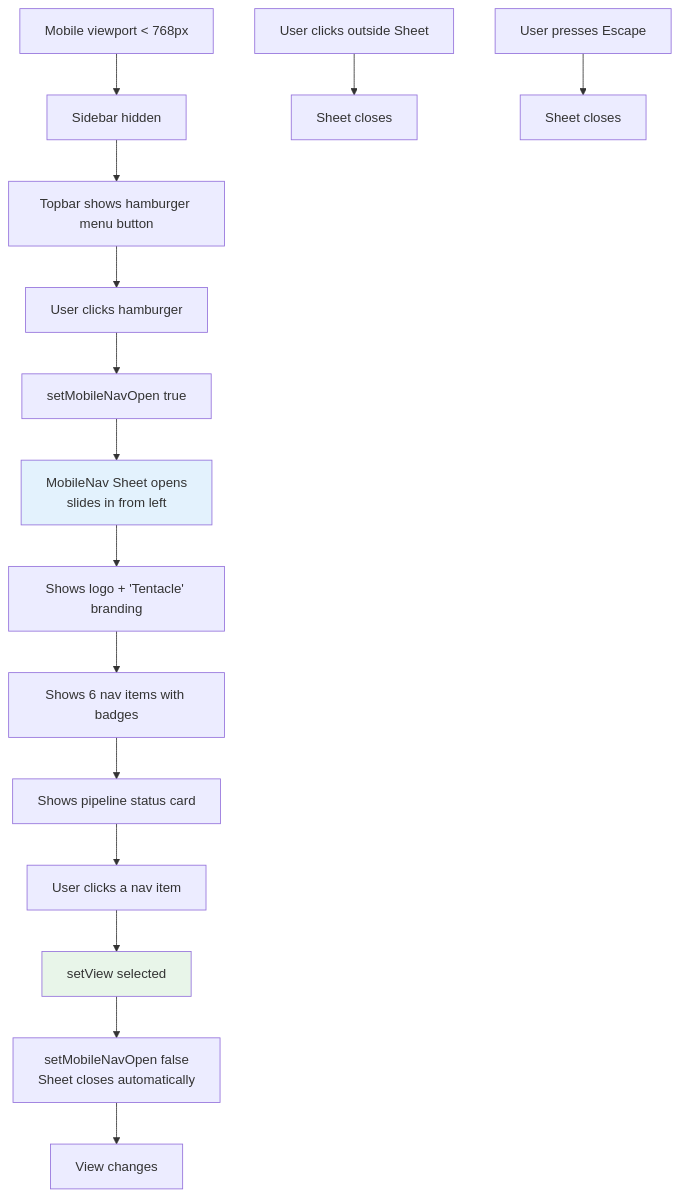
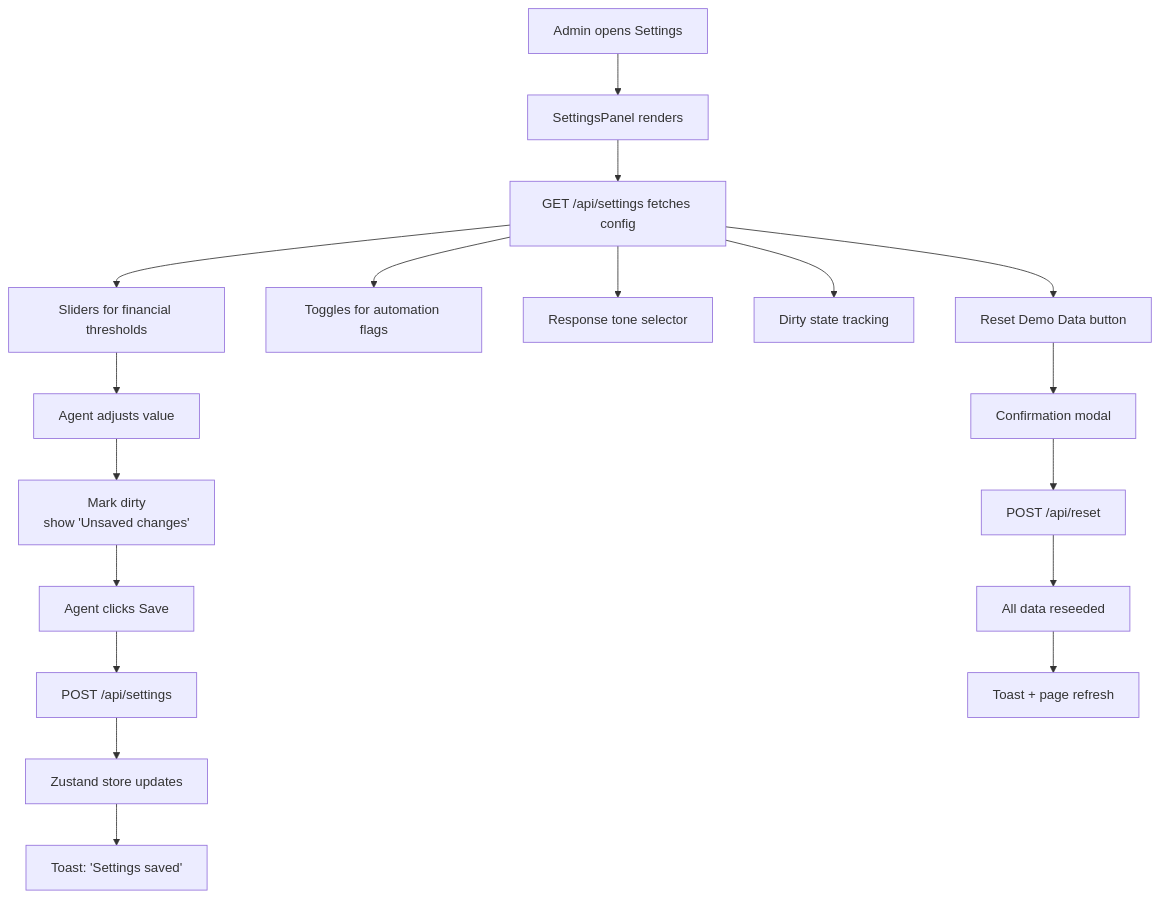
One commit to rmn2178/TENTACLE changed diagram 24 of 26 in README.md. Above: the diagram before and after it, drawn with Mermaid. The commit also changed other lines of this file and 14 other files, not shown here.

````diff
--- a/README.md
+++ b/README.md
@@ -1433,22 +1250,22 @@
 ```mermaid
 flowchart TD
-    A[Mobile viewport < 768px] --> B[Sidebar hidden]
-    B --> C[Topbar shows hamburger menu button]
-    C --> D[User clicks hamburger]
-    D --> D1[setMobileNavOpen true]
-    D1 --> E[MobileNav Sheet opens<br/>slides in from left]
-    E --> E1[Shows logo + 'Tentacle' branding]
-    E1 --> E2[Shows 6 nav items with badges]
-    E2 --> E3[Shows pipeline status card]
+    A[Admin opens Settings] --> B[SettingsPanel renders]
+    B --> C[GET /api/settings fetches config]
+    C --> D[Sliders for financial thresholds]
+    C --> E[Toggles for automation flags]
+    C --> F[Response tone selector]
+    C --> G[Dirty state tracking]
 
-    E3 --> F[User clicks a nav item]
-    F --> F1[setView selected]
-    F1 --> F2[setMobileNavOpen false<br/>Sheet closes automatically]
-    F2 --> F3[View changes]
+    D --> H[Agent adjusts value]
+    H --> I[Mark dirty<br/>show 'Unsaved changes']
+    I --> J[Agent clicks Save]
+    J --> K[POST /api/settings]
+    K --> L[Zustand store updates]
+    L --> M[Toast: 'Settings saved']
 
-    G[User clicks outside Sheet] --> G1[Sheet closes]
-    H[User presses Escape] --> H1[Sheet closes]
-
-    style E fill:#e3f2fd
-    style F1 fill:#e8f5e9
+    C --> N[Reset Demo Data button]
+    N --> O[Confirmation modal]
+    O --> P[POST /api/reset]
+    P --> Q[All data reseeded]
+    Q --> R[Toast + page refresh]
 ```
````
